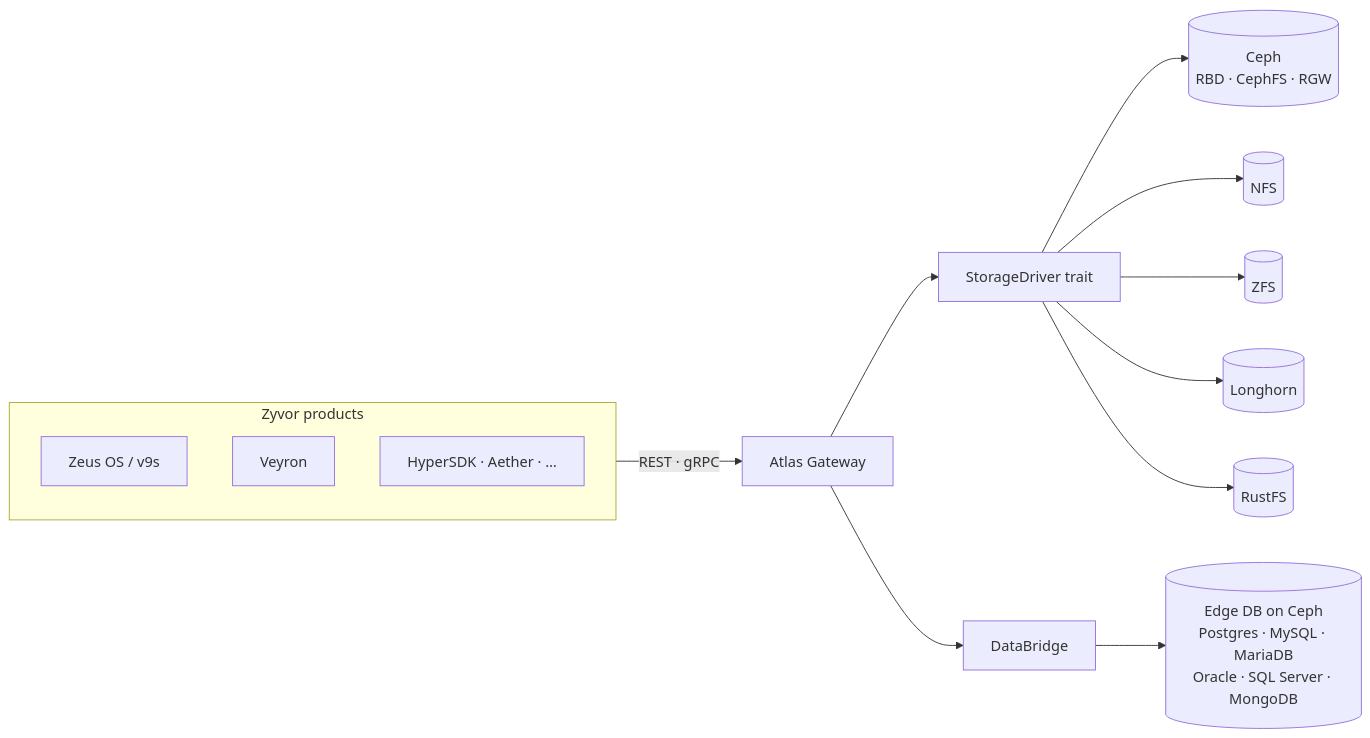
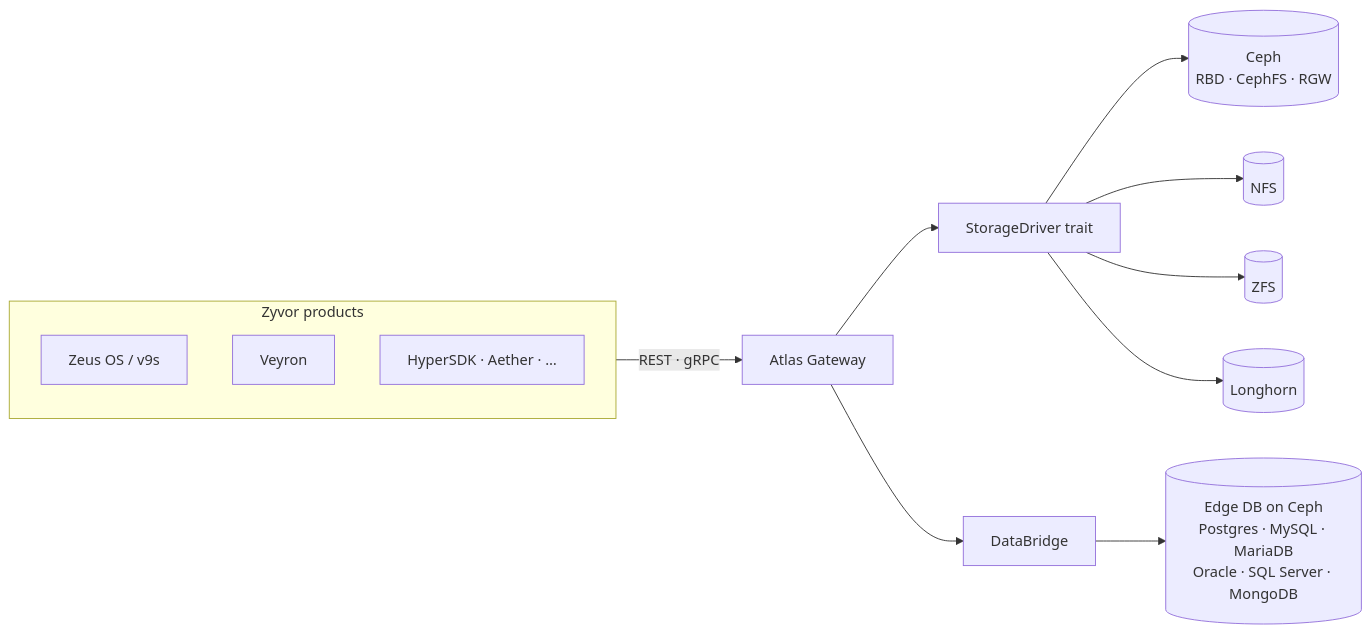
The diagram in README.md (thanhan92-f1/atlas), drawn with Mermaid before and after one commit. The commit also changed other lines of this file and 69 other files, not shown here.

````diff
--- a/README.md
+++ b/README.md
@@ -125,17 +125,16 @@
 ```mermaid
 flowchart LR
   subgraph Products["Zyvor products"]
     P1["Zeus OS / v9s"]
     P2["Veyron"]
     P3["HyperSDK · Aether · …"]
   end
   Products -- "REST · gRPC" --> Atlas["Atlas Gateway"]
   Atlas --> Driver["StorageDriver trait"]
   Driver --> Ceph[("Ceph\nRBD · CephFS · RGW")]
   Driver --> NFS[("NFS")]
   Driver --> ZFS[("ZFS")]
   Driver --> Longhorn[("Longhorn")]
-  Driver --> RustFS[("RustFS")]
   Atlas --> DataBridge["DataBridge"]
   DataBridge --> Edge[("Edge DB on Ceph\nPostgres · MySQL · MariaDB\nOracle · SQL Server · MongoDB")]
 ```
````
